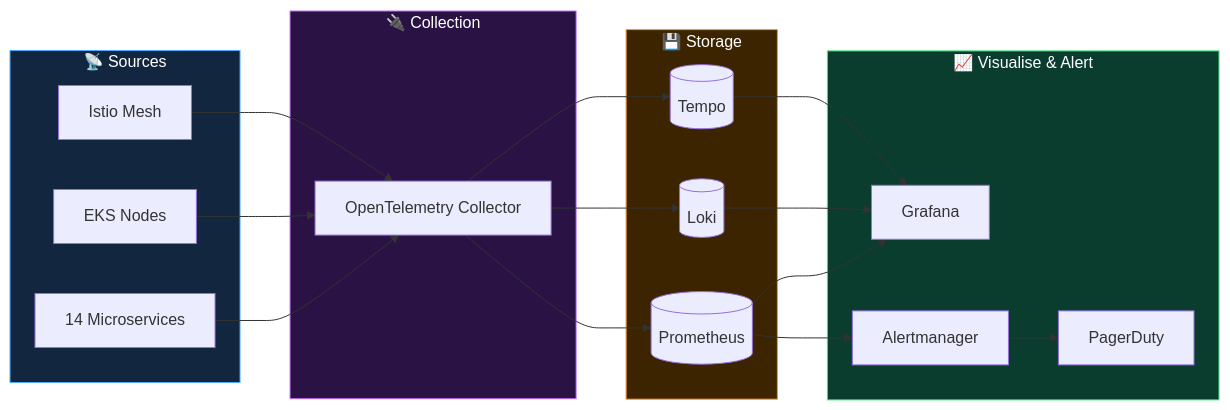
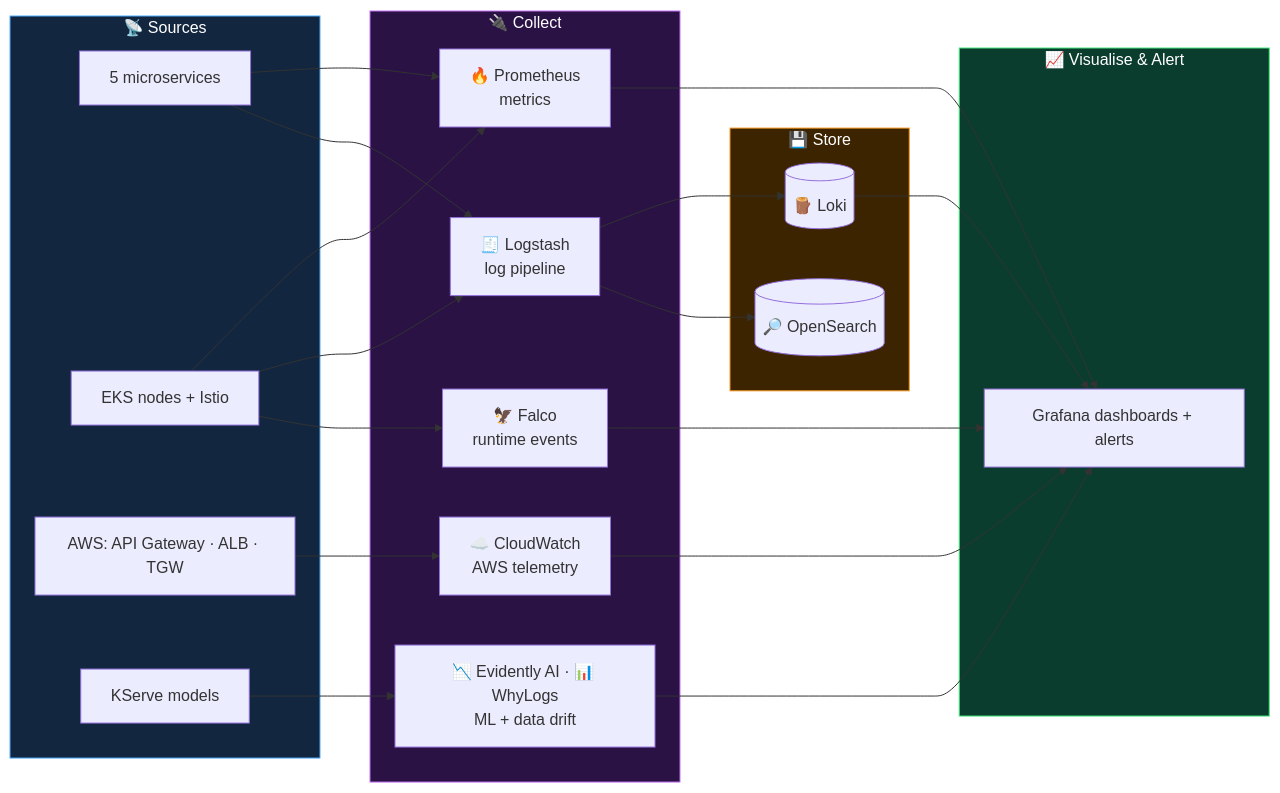
Before and after one commit to muntaha747/FinTech-Enterprise-Project: diagram 12 of 25 in README.md, drawn with Mermaid. The commit also changed other lines of this file and 1 other file, not shown here.

First line of the commit message:
README: align the whole README with the two architecture diagrams [skip ci]

````diff
--- a/README.md
+++ b/README.md
@@ -951,31 +688,35 @@
 ```mermaid
 flowchart LR
     subgraph SRC["📡 Sources"]
-        P1[14 Microservices]
-        P2[EKS Nodes]
-        P3[Istio Mesh]
+        P1[5 microservices]
+        P2[EKS nodes + Istio]
+        P3[AWS: API Gateway · ALB · TGW]
+        P4[KServe models]
     end
-    subgraph COL["🔌 Collection"]
-        OT[OpenTelemetry Collector]
+    subgraph COL["🔌 Collect"]
+        PR[🔥 Prometheus<br/>metrics]
+        LS[🧾 Logstash<br/>log pipeline]
+        CW[☁️ CloudWatch<br/>AWS telemetry]
+        FA[🦅 Falco<br/>runtime events]
+        EV[📉 Evidently AI · 📊 WhyLogs<br/>ML + data drift]
     end
-    subgraph STORE["💾 Storage"]
-        PM[(Prometheus)]
-        LK[(Loki)]
-        TP[(Tempo)]
+    subgraph STORE["💾 Store"]
+        LK[(🪵 Loki)]
+        OS[(🔎 OpenSearch)]
     end
     subgraph VIZ["📈 Visualise & Alert"]
-        GF[Grafana]
-        AM[Alertmanager]
-        PD[PagerDuty]
+        GF[Grafana dashboards + alerts]
     end
 
-    P1 & P2 & P3 --> OT
-    OT --> PM & LK & TP
-    PM & LK & TP --> GF
-    PM --> AM --> PD
+    P1 & P2 --> PR
+    P1 & P2 --> LS --> LK & OS
+    P3 --> CW
+    P2 --> FA
+    P4 --> EV
+    PR & LK & CW & FA & EV --> GF
 
     style SRC fill:#12263f,stroke:#4facfe,color:#fff
     style COL fill:#2a1245,stroke:#c471f5,color:#fff
     style STORE fill:#3d2400,stroke:#f7971e,color:#fff
     style VIZ fill:#0b3d2e,stroke:#43e97b,color:#fff
 ```
````
